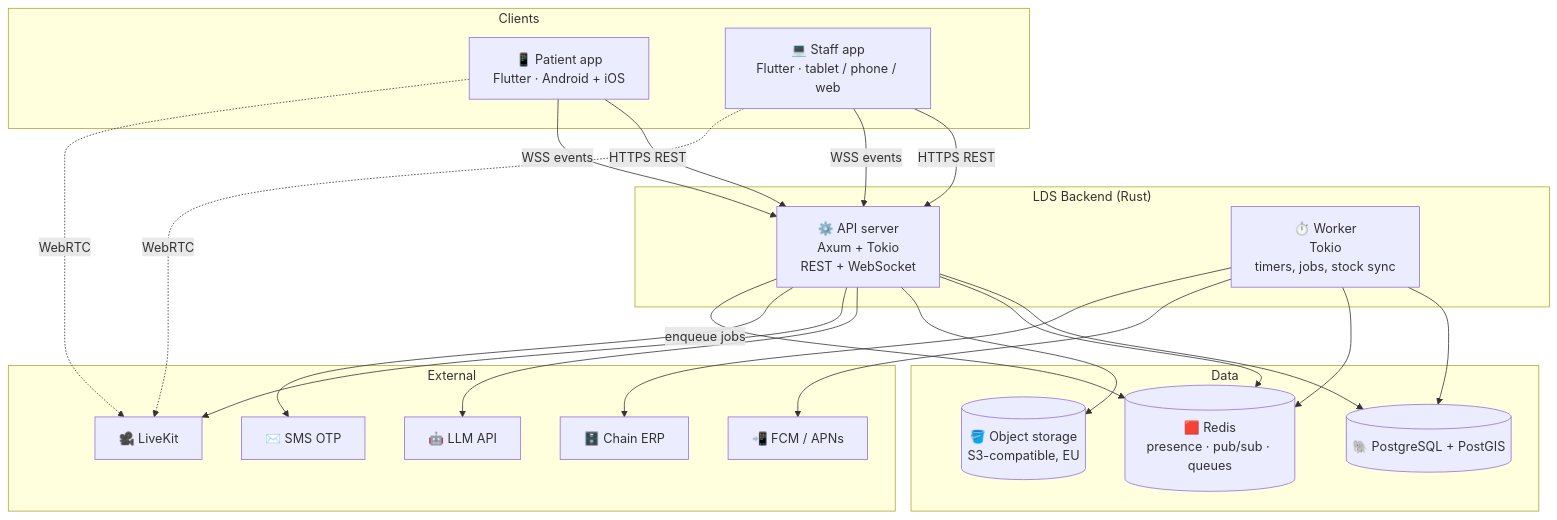
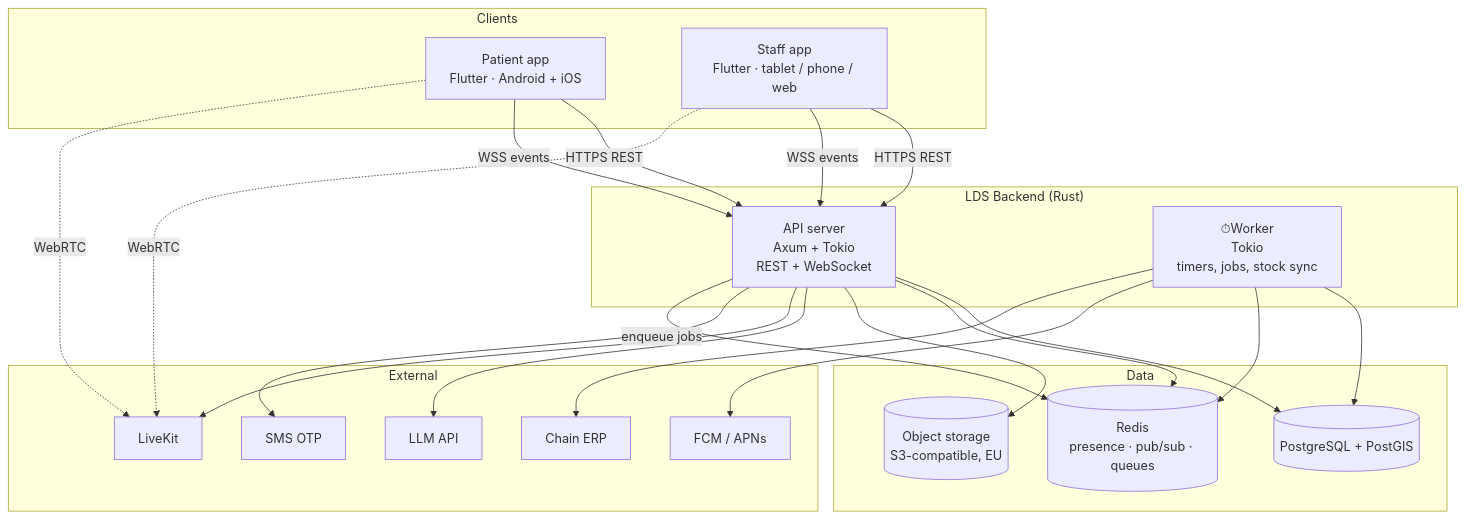
The second of 5 diagrams in docs/06-architecture.md (MehaiIulian/medical-localdistributionsystem), drawn with Mermaid before and after one commit. The commit also changed other lines of this file and 10 other files, not shown here.

````diff
--- a/docs/06-architecture.md
+++ b/docs/06-architecture.md
@@ -38,45 +38,45 @@
 ```mermaid
 flowchart TB
     subgraph Clients
-        PA["📱 Patient app<br/>Flutter · Android + iOS"]
-        SA["💻 Staff app<br/>Flutter · tablet / phone / web"]
+        PA["Patient app<br/>Flutter · Android + iOS"]
+        SA["Staff app<br/>Flutter · tablet / phone / web"]
     end
 
     subgraph Backend["LDS Backend (Rust)"]
-        API["⚙️ API server<br/>Axum + Tokio<br/>REST + WebSocket"]
-        WRK["⏱️ Worker<br/>Tokio<br/>timers, jobs, stock sync"]
+        API["API server<br/>Axum + Tokio<br/>REST + WebSocket"]
+        WRK["⏱Worker<br/>Tokio<br/>timers, jobs, stock sync"]
     end
 
     subgraph Data
-        PG[("🐘 PostgreSQL + PostGIS")]
-        RD[("🟥 Redis<br/>presence · pub/sub · queues")]
-        OBJ[("🪣 Object storage<br/>S3-compatible, EU")]
+        PG[("PostgreSQL + PostGIS")]
+        RD[("Redis<br/>presence · pub/sub · queues")]
+        OBJ[("Object storage<br/>S3-compatible, EU")]
     end
 
     subgraph External
-        LLM["🤖 LLM API"]
-        LK["🎥 LiveKit"]
-        PUSH["📲 FCM / APNs"]
-        SMS["✉️ SMS OTP"]
-        ERP["🗄️ Chain ERP"]
+        LLM["LLM API"]
+        LK["LiveKit"]
+        PUSH["FCM / APNs"]
+        SMS["SMS OTP"]
+        ERP["Chain ERP"]
     end
 
     PA -- "HTTPS REST" --> API
     PA -- "WSS events" --> API
     SA -- "HTTPS REST" --> API
     SA -- "WSS events" --> API
     PA -. "WebRTC" .-> LK
     SA -. "WebRTC" .-> LK
 
     API --> PG
     API --> RD
     API --> OBJ
     API --> LLM
     API --> LK
     API --> SMS
     WRK --> PG
     WRK --> RD
     WRK --> PUSH
     WRK --> ERP
     API -- "enqueue jobs" --> RD
 ```
````
